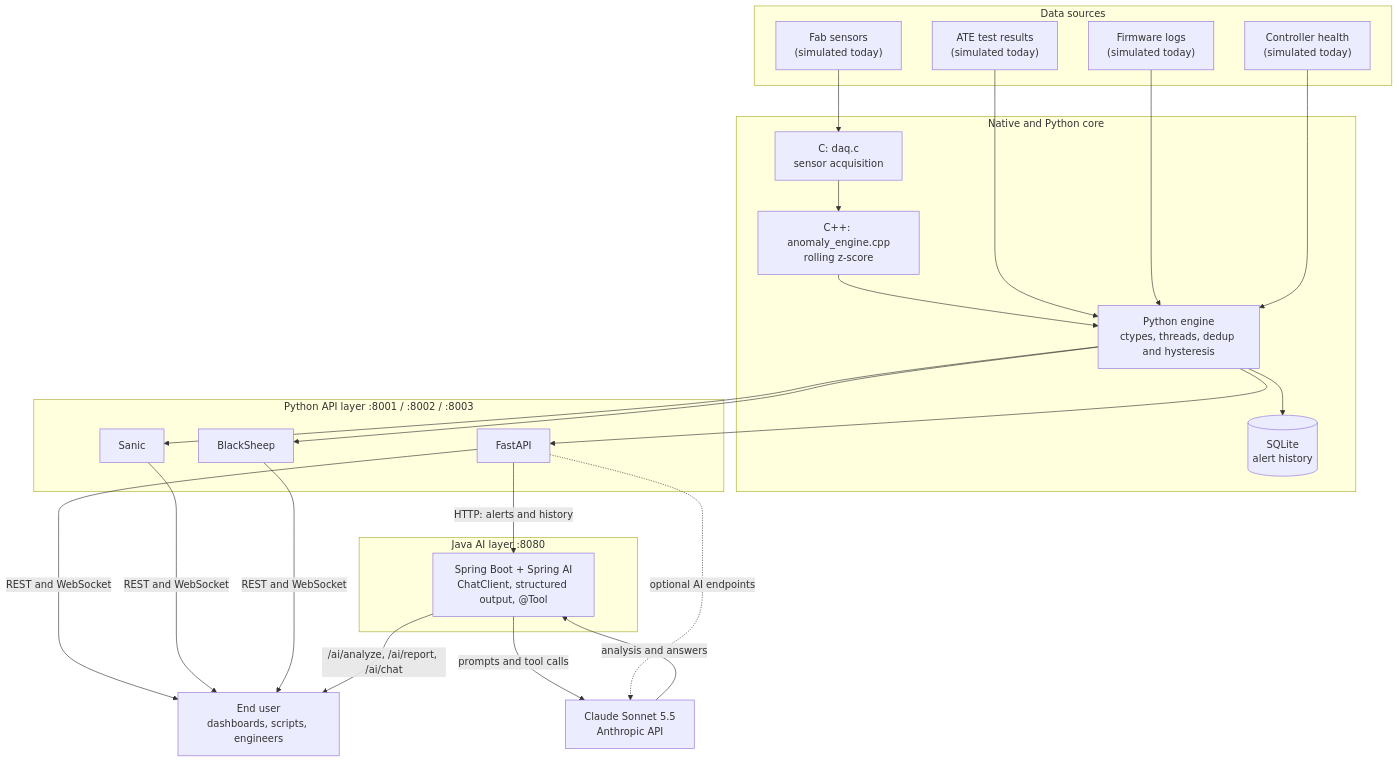
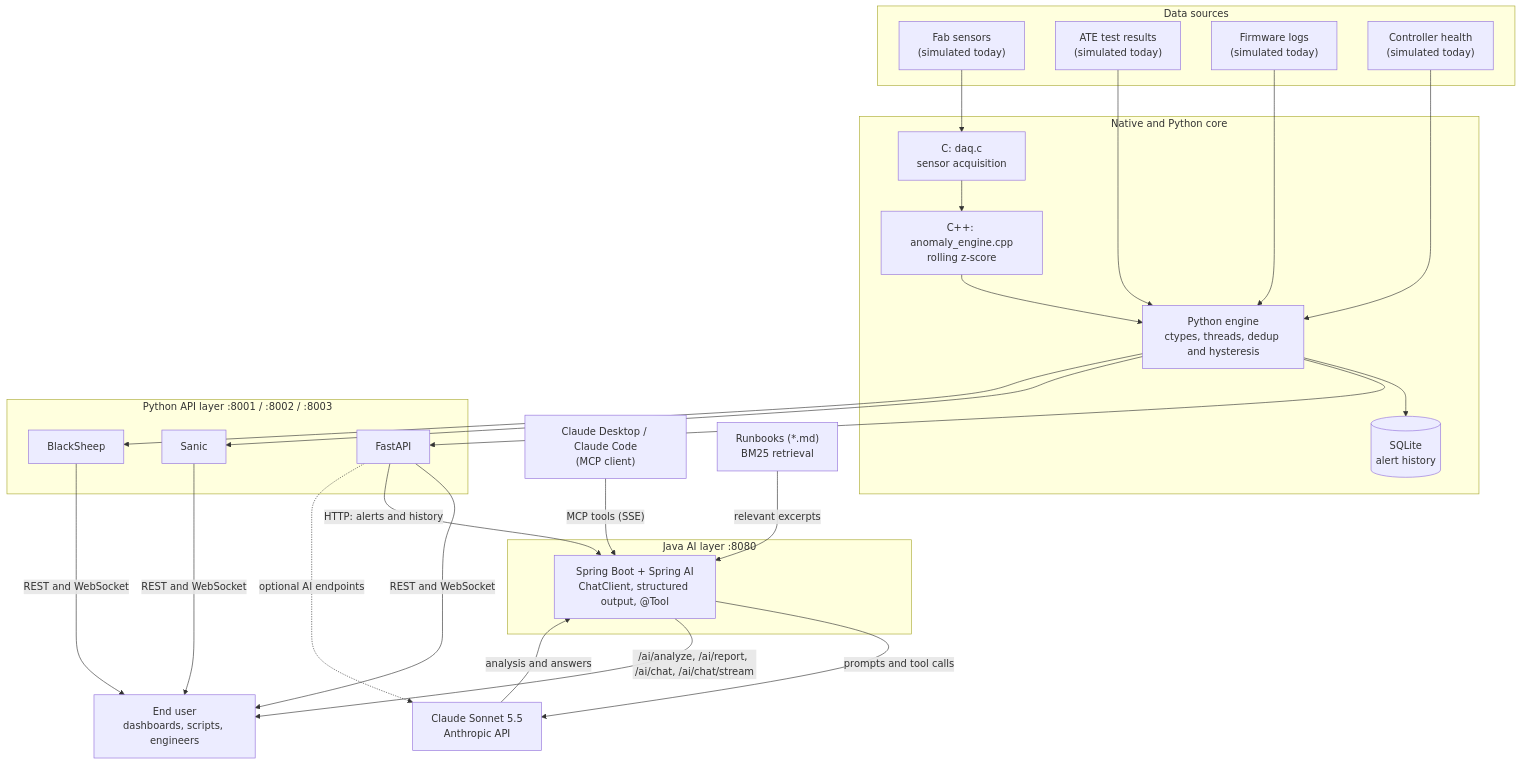
Before and after one commit to baluabs6/semiconductor_monitor: the diagram in README.md, drawn with Mermaid. The commit also changed other lines of this file and 46 other files, not shown here.

````diff
--- a/README.md
+++ b/README.md
@@ -30,46 +32,50 @@
 ```mermaid
 flowchart TB
     subgraph SRC["Data sources"]
         S1["Fab sensors<br/>(simulated today)"]
         S2["ATE test results<br/>(simulated today)"]
         S3["Firmware logs<br/>(simulated today)"]
         S4["Controller health<br/>(simulated today)"]
     end
 
     subgraph CORE["Native and Python core"]
         C["C: daq.c<br/>sensor acquisition"]
         CPP["C++: anomaly_engine.cpp<br/>rolling z-score"]
         PY["Python engine<br/>ctypes, threads, dedup and hysteresis"]
         DB[("SQLite<br/>alert history")]
     end
 
     subgraph API["Python API layer :8001 / :8002 / :8003"]
         F["FastAPI"]
         SA["Sanic"]
         B["BlackSheep"]
     end
 
     subgraph JAVA["Java AI layer :8080"]
         SP["Spring Boot + Spring AI<br/>ChatClient, structured output, @Tool"]
     end
 
     LLM["Claude Sonnet 5.5<br/>Anthropic API"]
     USER["End user<br/>dashboards, scripts, engineers"]
+    MCP["Claude Desktop / Claude Code<br/>(MCP client)"]
+    RB["Runbooks (*.md)<br/>BM25 retrieval"]
 
     S1 --> C --> CPP --> PY
     S2 --> PY
     S3 --> PY
     S4 --> PY
     PY --> DB
     PY --> F
     PY --> SA
     PY --> B
     F -->|"REST and WebSocket"| USER
     SA -->|"REST and WebSocket"| USER
     B -->|"REST and WebSocket"| USER
     F -->|"HTTP: alerts and history"| SP
     SP -->|"prompts and tool calls"| LLM
     LLM -->|"analysis and answers"| SP
     F -.->|"optional AI endpoints"| LLM
-    SP -->|"/ai/analyze, /ai/report, /ai/chat"| USER
+    SP -->|"/ai/analyze, /ai/report, /ai/chat, /ai/chat/stream"| USER
+    MCP -->|"MCP tools (SSE)"| SP
+    RB -->|"relevant excerpts"| SP
 ```
````
